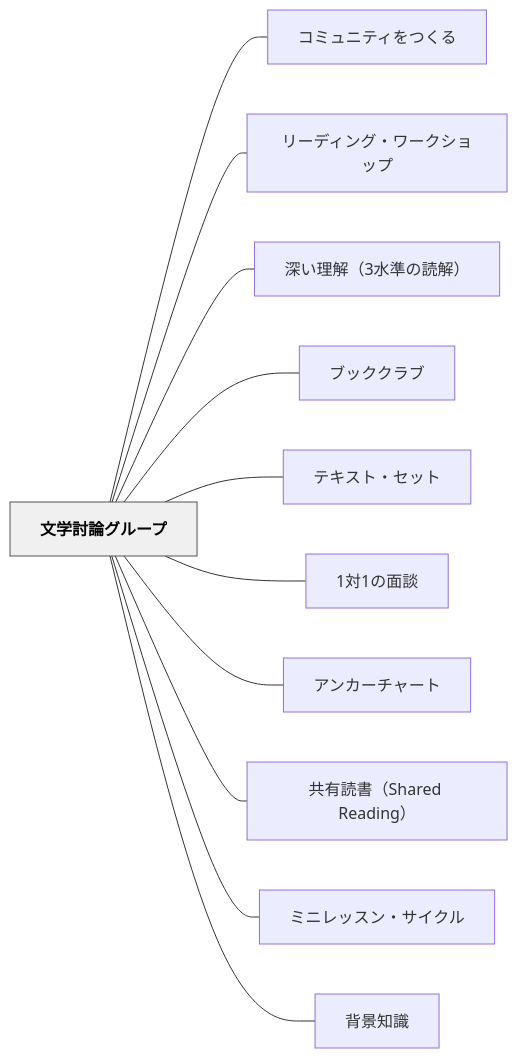
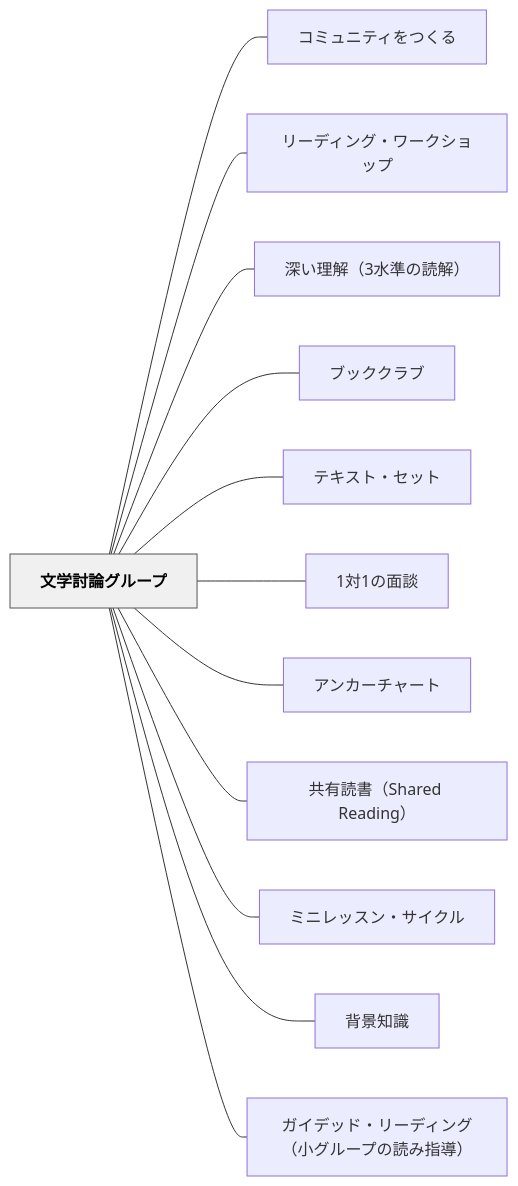
The diagram in content/パタン/文学討論グループ.md (unknownthings-ed-patterns/unknownthings-ed-patterns), drawn with Mermaid before and after one commit. The commit also changed other lines of this file and 2 other files, not shown here.

Commit message:
auto: Obsidianから同期 2026-06-13 03:00

````diff
--- a/content/パタン/文学討論グループ.md
+++ b/content/パタン/文学討論グループ.md
@@ -204,28 +205,30 @@
 ```mermaid
 flowchart LR
     ne69687e5ada6e8a88ee8ab96e382b0e383abe383bce38397["文学討論グループ"]
     ne382b3e3839fe383a5e3838be38386e382a3e38292e381a4e3818fe3828b["コミュニティをつくる"]
     ne383aae383bce38387e382a3e383b3e382b0e383bbe383afe383bce382afe382b7e383a7e38383e38397["リーディング・ワークショップ"]
     ne6b7b1e38184e79086e8a7a3efbc8833e6b0b4e6ba96e381aee8aaade8a7a3efbc89["深い理解（3水準の読解）"]
     ne38396e38383e382afe382afe383a9e38396["ブッククラブ"]
     ne38386e382ade382b9e38388e383bbe382bbe38383e38388["テキスト・セット"]
     n31e5afbe31e381aee99da2e8ab87["1対1の面談"]
     ne382a2e383b3e382abe383bce38381e383a3e383bce38388["アンカーチャート"]
     ne585b1e69c89e8aaade69bb8efbc885368617265642052656164696e67efbc89["共有読書（Shared Reading）"]
     ne3839fe3838be383ace38383e382b9e383b3e383bbe382b5e382a4e382afe383ab["ミニレッスン・サイクル"]
     ne8838ce699afe79fa5e8ad98["背景知識"]
+    ne382ace382a4e38387e38383e38389e383bbe383aae383bce38387e382a3e383b3e382b0efbc88e5b08fe382b0e383abe383bce38397e381aee8aaade381bfe68c87e5b08eefbc89["ガイデッド・リーディング（小グループの読み指導）"]
 
     ne69687e5ada6e8a88ee8ab96e382b0e383abe383bce38397 --- ne382b3e3839fe383a5e3838be38386e382a3e38292e381a4e3818fe3828b
     ne69687e5ada6e8a88ee8ab96e382b0e383abe383bce38397 --- ne383aae383bce38387e382a3e383b3e382b0e383bbe383afe383bce382afe382b7e383a7e38383e38397
     ne69687e5ada6e8a88ee8ab96e382b0e383abe383bce38397 --- ne6b7b1e38184e79086e8a7a3efbc8833e6b0b4e6ba96e381aee8aaade8a7a3efbc89
     ne69687e5ada6e8a88ee8ab96e382b0e383abe383bce38397 --- ne38396e38383e382afe382afe383a9e38396
     ne69687e5ada6e8a88ee8ab96e382b0e383abe383bce38397 --- ne38386e382ade382b9e38388e383bbe382bbe38383e38388
     ne69687e5ada6e8a88ee8ab96e382b0e383abe383bce38397 --- n31e5afbe31e381aee99da2e8ab87
     ne69687e5ada6e8a88ee8ab96e382b0e383abe383bce38397 --- ne382a2e383b3e382abe383bce38381e383a3e383bce38388
     ne69687e5ada6e8a88ee8ab96e382b0e383abe383bce38397 --- ne585b1e69c89e8aaade69bb8efbc885368617265642052656164696e67efbc89
     ne69687e5ada6e8a88ee8ab96e382b0e383abe383bce38397 --- ne3839fe3838be383ace38383e382b9e383b3e383bbe382b5e382a4e382afe383ab
     ne69687e5ada6e8a88ee8ab96e382b0e383abe383bce38397 --- ne8838ce699afe79fa5e8ad98
+    ne69687e5ada6e8a88ee8ab96e382b0e383abe383bce38397 --- ne382ace382a4e38387e38383e38389e383bbe383aae383bce38387e382a3e383b3e382b0efbc88e5b08fe382b0e383abe383bce38397e381aee8aaade381bfe68c87e5b08eefbc89
 
     classDef hub fill:#f0f0f0,stroke:#555,color:#000,font-weight:bold
     class ne69687e5ada6e8a88ee8ab96e382b0e383abe383bce38397 hub
 ```
````
